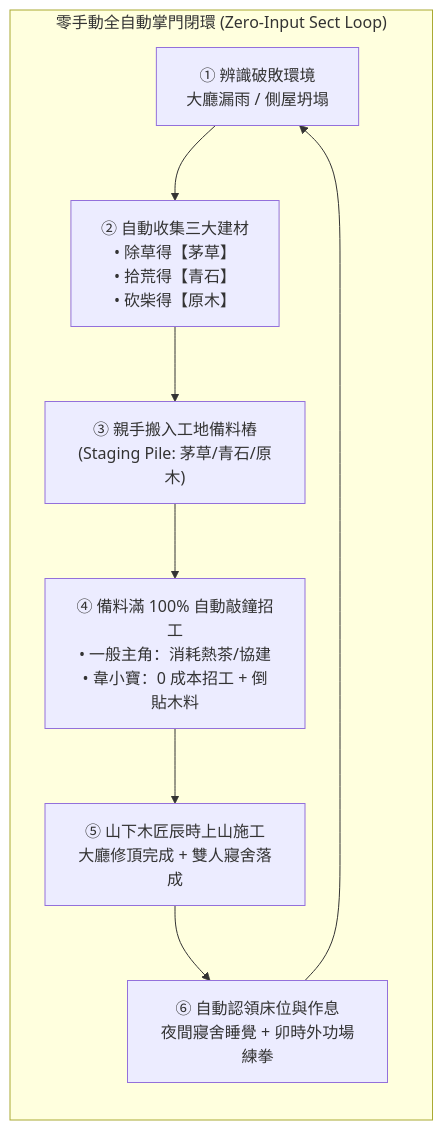
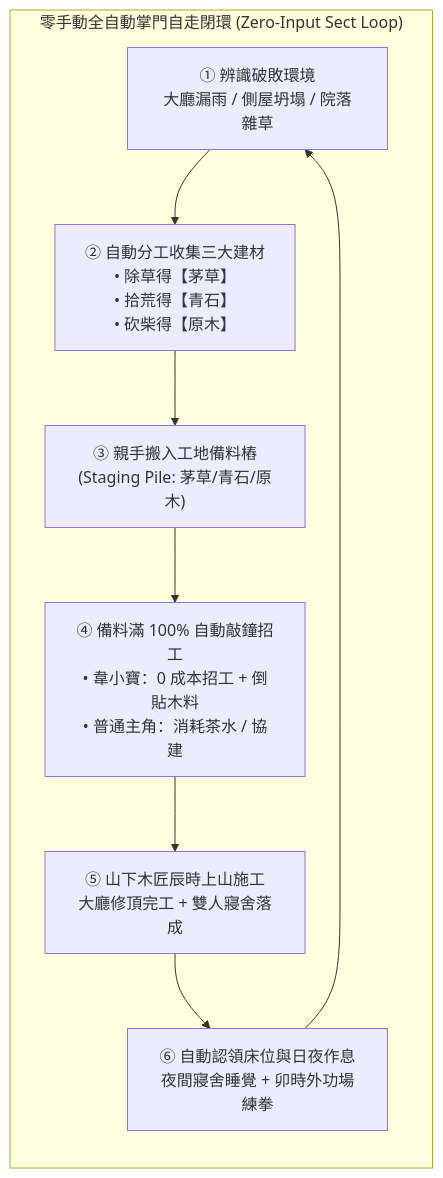
The second of 2 diagrams in sect-chronicle/docs/LIFE_V01_V02_HANDOFF.md (lalagrass/earth-ascension), drawn with Mermaid before and after one commit. The commit also changed other lines of this file and 5 other files, not shown here.

````diff
--- a/sect-chronicle/docs/LIFE_V01_V02_HANDOFF.md
+++ b/sect-chronicle/docs/LIFE_V01_V02_HANDOFF.md
@@ -73,11 +107,11 @@
 ```mermaid
 flowchart LR
-    subgraph AutonomousLoop["零手動全自動掌門閉環 (Zero-Input Sect Loop)"]
-        S1["① 辨識破敗環境\n大廳漏雨 / 側屋坍塌"] --> S2["② 自動收集三大建材\n• 除草得【茅草】\n• 拾荒得【青石】\n• 砍柴得【原木】"]
+    subgraph AutonomousLoop["零手動全自動掌門自走閉環 (Zero-Input Sect Loop)"]
+        S1["① 辨識破敗環境\n大廳漏雨 / 側屋坍塌 / 院落雜草"] --> S2["② 自動分工收集三大建材\n• 除草得【茅草】\n• 拾荒得【青石】\n• 砍柴得【原木】"]
         S2 --> S3["③ 親手搬入工地備料樁\n(Staging Pile: 茅草/青石/原木)"]
-        S3 --> S4["④ 備料滿 100% 自動敲鐘招工\n• 一般主角：消耗熱茶/協建\n• 韋小寶：0 成本招工 + 倒貼木料"]
-        S4 --> S5["⑤ 山下木匠辰時上山施工\n大廳修頂完成 + 雙人寢舍落成"]
-        S5 --> S6["⑥ 自動認領床位與作息\n夜間寢舍睡覺 + 卯時外功場練拳"]
+        S3 --> S4["④ 備料滿 100% 自動敲鐘招工\n• 韋小寶：0 成本招工 + 倒貼木料\n• 普通主角：消耗茶水 / 協建"]
+        S4 --> S5["⑤ 山下木匠辰時上山施工\n大廳修頂完工 + 雙人寢舍落成"]
+        S5 --> S6["⑥ 自動認領床位與日夜作息\n夜間寢舍睡覺 + 卯時外功場練拳"]
         S6 --> S1
     end
 ```
````
